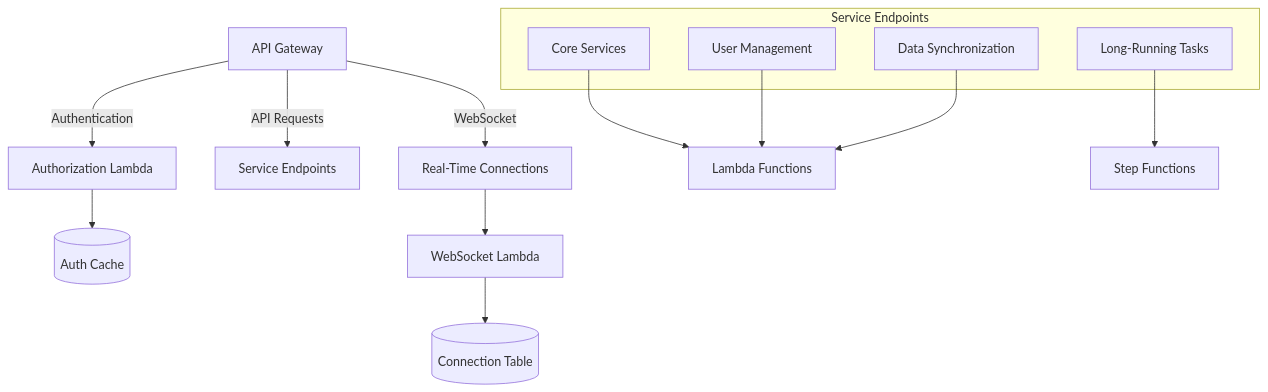
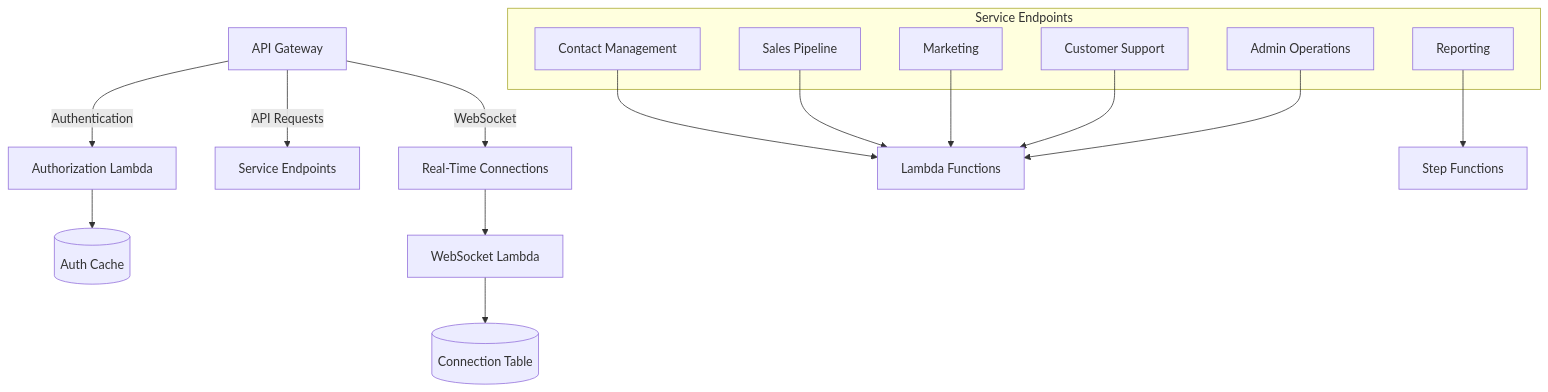
The first of 9 diagrams in architecture/api.md (philkunz/fargate), drawn with Mermaid before and after one commit. The commit also changed other lines of this file and 11 other files, not shown here.

Commit message:
feat(documentation): Revamp Zebros CRM serverless architecture documentation with updated diagrams, expanded API, authentication, long-running tasks, data storage, and scaling details

````diff
--- a/architecture/api.md
+++ b/architecture/api.md
@@ -7,22 +7,26 @@
 ```mermaid
 flowchart TD
     API[API Gateway] --> |Authentication| Auth[Authorization Lambda]
     API --> |API Requests| Services[Service Endpoints]
     API --> |WebSocket| RealTime[Real-Time Connections]
     
     subgraph "Service Endpoints"
-        Core[Core Services]
-        LongRunning[Long-Running Tasks]
-        UserMgmt[User Management]
-        DataSync[Data Synchronization]
+        Contacts[Contact Management]
+        Sales[Sales Pipeline]
+        Marketing[Marketing]
+        Support[Customer Support]
+        Reports[Reporting]
+        Admin[Admin Operations]
     end
     
     Auth --> Cache[(Auth Cache)]
-    Core --> Lambda[Lambda Functions]
-    UserMgmt --> Lambda
-    DataSync --> Lambda
-    LongRunning --> StepF[Step Functions]
+    Contacts --> Lambda[Lambda Functions]
+    Sales --> Lambda
+    Marketing --> Lambda
+    Support --> Lambda
+    Admin --> Lambda
+    Reports --> StepF[Step Functions]
     
     RealTime --> WebSocketLambda[WebSocket Lambda]
     WebSocketLambda --> Connections[(Connection Table)]
 ```
````
